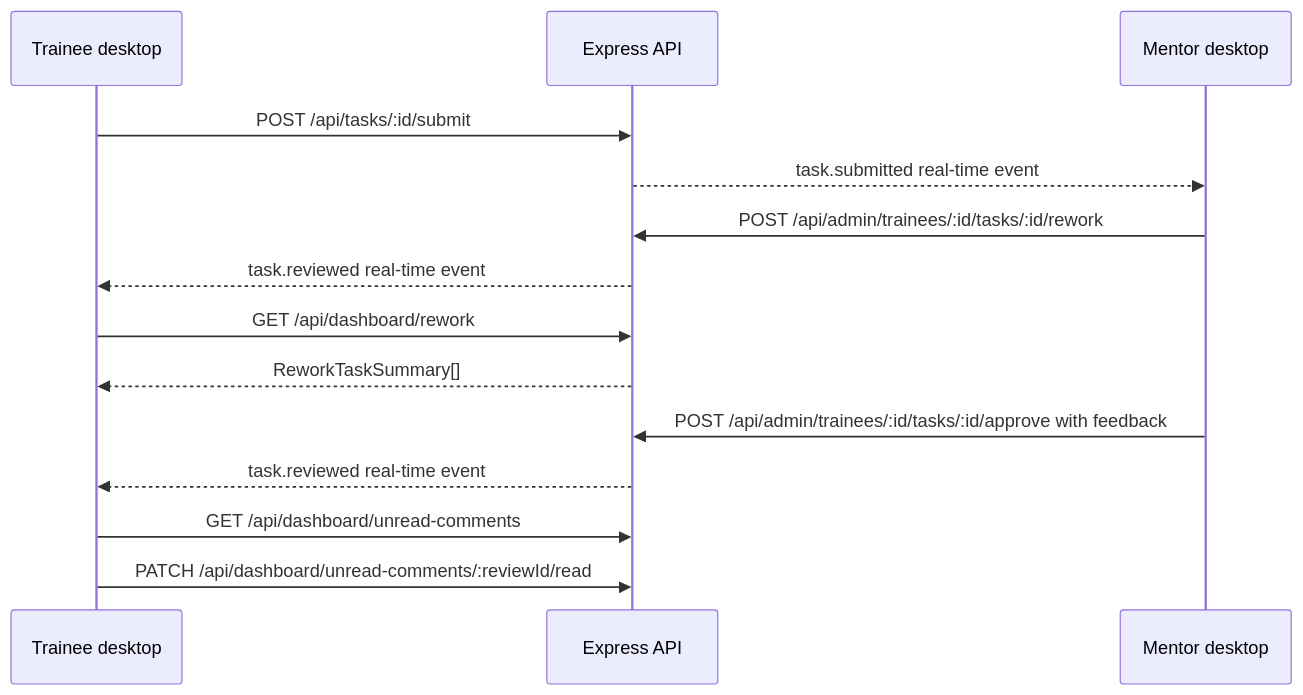
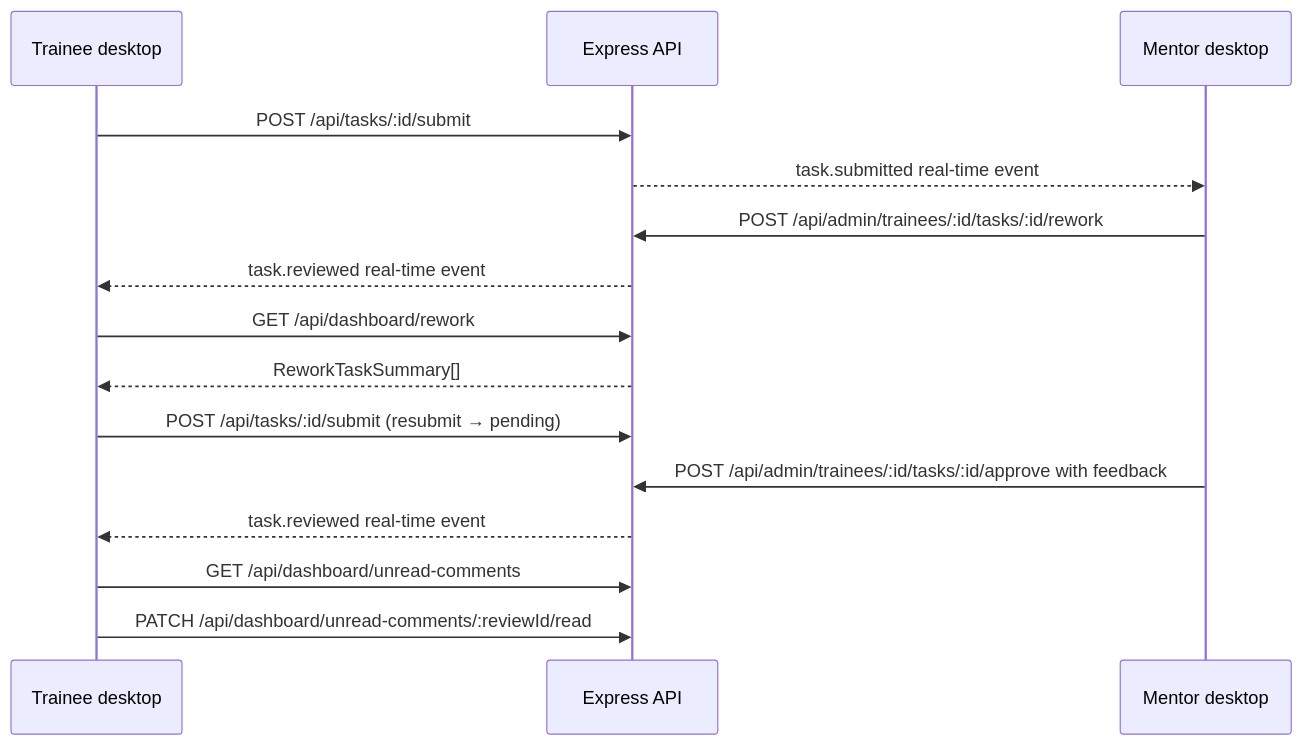
The third of 3 diagrams in docs/desktop/course_workflow.md (anjal-vonnue/vinkup-electron), drawn with Mermaid before and after one commit. The commit also changed other lines of this file, not shown here.

Commit message:
docs(course): correct locks, limits, diagrams and endpoints

````diff
--- a/docs/desktop/course_workflow.md
+++ b/docs/desktop/course_workflow.md
@@ -295,16 +304,17 @@
 ```mermaid
 sequenceDiagram
   participant T as Trainee desktop
   participant API as Express API
   participant M as Mentor desktop
   T->>API: POST /api/tasks/:id/submit
   API-->>M: task.submitted real-time event
   M->>API: POST /api/admin/trainees/:id/tasks/:id/rework
   API-->>T: task.reviewed real-time event
   T->>API: GET /api/dashboard/rework
   API-->>T: ReworkTaskSummary[]
+  T->>API: POST /api/tasks/:id/submit (resubmit → pending)
   M->>API: POST /api/admin/trainees/:id/tasks/:id/approve with feedback
   API-->>T: task.reviewed real-time event
   T->>API: GET /api/dashboard/unread-comments
   T->>API: PATCH /api/dashboard/unread-comments/:reviewId/read
 ```
````
